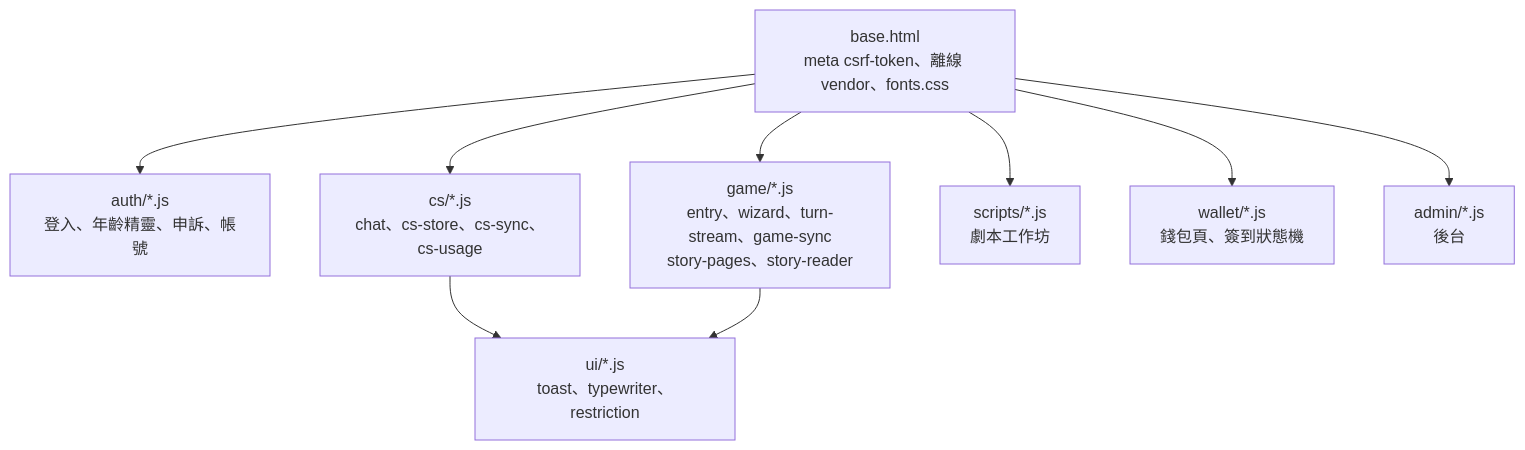
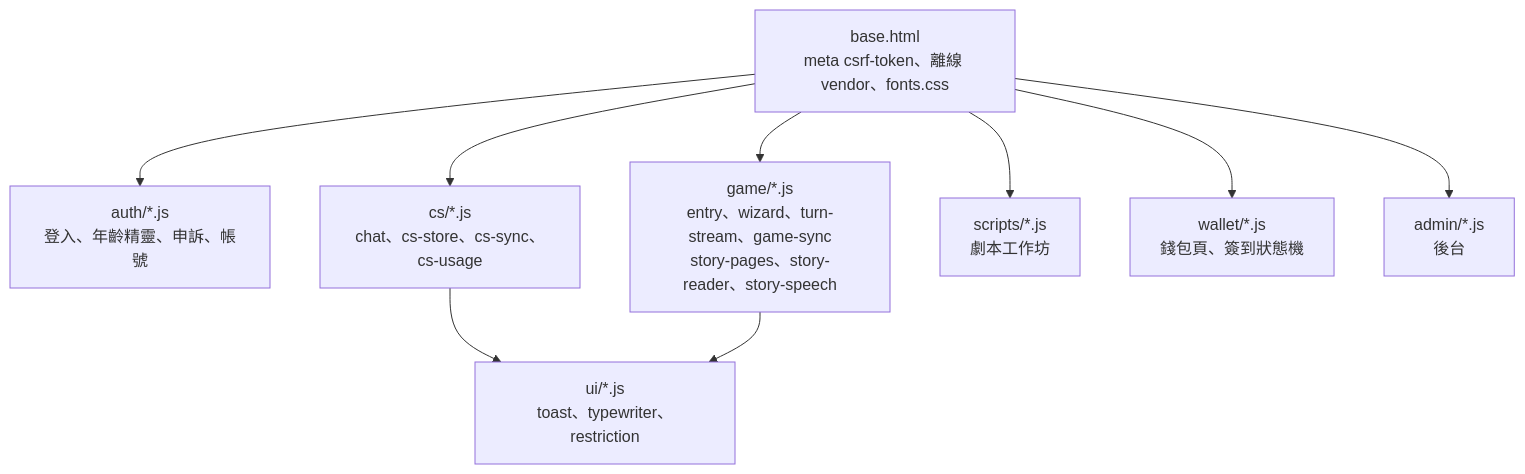
One commit to pp466pp466/R.A.C changed the fifth of 18 diagrams in docs/2.0簡報.md. Above: the diagram before and after it, drawn with Mermaid. The commit also changed other lines of this file and 9 other files, not shown here.

First line of the commit message:
簡報與圖解補入劇情朗讀（rpg-story-tts）：2.0（含 PDF、2.1 pptx）、RPG 圖解、5.0

````diff
--- a/docs/2.0簡報.md
+++ b/docs/2.0簡報.md
@@ -224,12 +226,12 @@
 ```mermaid
 flowchart TD
     Base["base.html<br/>meta csrf-token、離線 vendor、fonts.css"]
     Base --> Auth["auth/*.js<br/>登入、年齡精靈、申訴、帳號"]
     Base --> Cs["cs/*.js<br/>chat、cs-store、cs-sync、cs-usage"]
-    Base --> Game["game/*.js<br/>entry、wizard、turn-stream、game-sync<br/>story-pages、story-reader"]
+    Base --> Game["game/*.js<br/>entry、wizard、turn-stream、game-sync<br/>story-pages、story-reader、story-speech"]
     Base --> Scripts["scripts/*.js<br/>劇本工作坊"]
     Base --> Wallet["wallet/*.js<br/>錢包頁、簽到狀態機"]
     Base --> Admin["admin/*.js<br/>後台"]
     Cs --> Ui["ui/*.js<br/>toast、typewriter、restriction"]
     Game --> Ui
 ```
````
